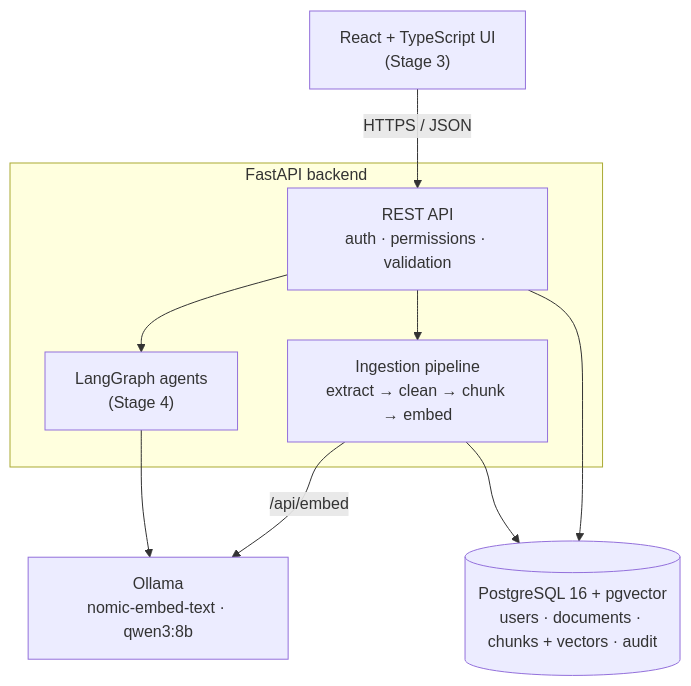
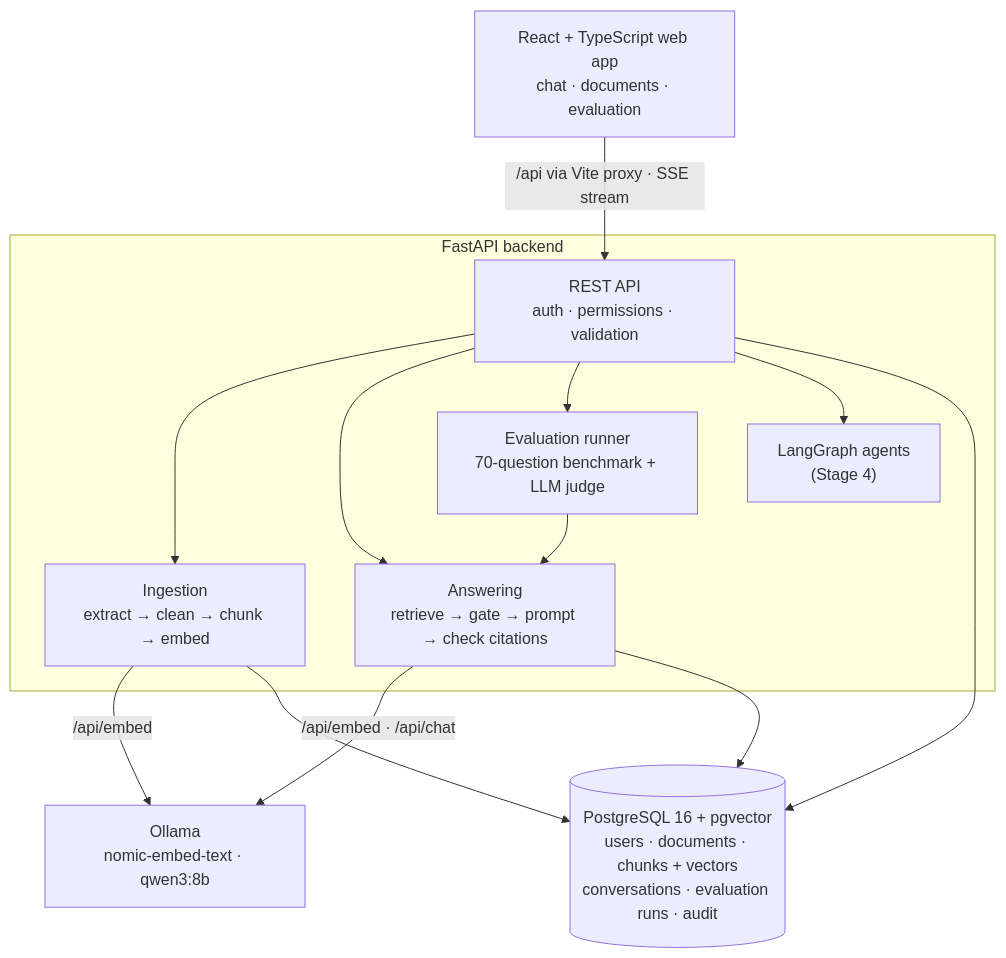
The diagram in README.md (Jathin4/enterprise-knowledge-assistant), drawn with Mermaid before and after one commit. The commit also changed other lines of this file and 45 other files, not shown here.

First line of the commit message:
Stage 3: cited answers, streaming chat UI, benchmark and evaluation

````diff
--- a/README.md
+++ b/README.md
@@ -73,17 +126,23 @@
 ```mermaid
 flowchart TB
-    UI["React + TypeScript UI<br/>(Stage 3)"] -->|HTTPS / JSON| API
+    UI["React + TypeScript web app<br/>chat · documents · evaluation"] -->|"/api via Vite proxy · SSE stream"| API
 
     subgraph Backend["FastAPI backend"]
         API["REST API<br/>auth · permissions · validation"]
-        ING["Ingestion pipeline<br/>extract → clean → chunk → embed"]
+        ING["Ingestion<br/>extract → clean → chunk → embed"]
+        ANS["Answering<br/>retrieve → gate → prompt → check citations"]
+        EV["Evaluation runner<br/>70-question benchmark + LLM judge"]
         AG["LangGraph agents<br/>(Stage 4)"]
     end
 
     API --> ING
+    API --> ANS
+    API --> EV
     API --> AG
     ING -->|/api/embed| OL["Ollama<br/>nomic-embed-text · qwen3:8b"]
-    AG --> OL
-    API --> PG[("PostgreSQL 16 + pgvector<br/>users · documents · chunks + vectors · audit")]
+    ANS -->|/api/embed · /api/chat| OL
+    EV --> ANS
+    API --> PG[("PostgreSQL 16 + pgvector<br/>users · documents · chunks + vectors<br/>conversations · evaluation runs · audit")]
     ING --> PG
+    ANS --> PG
 ```
````
